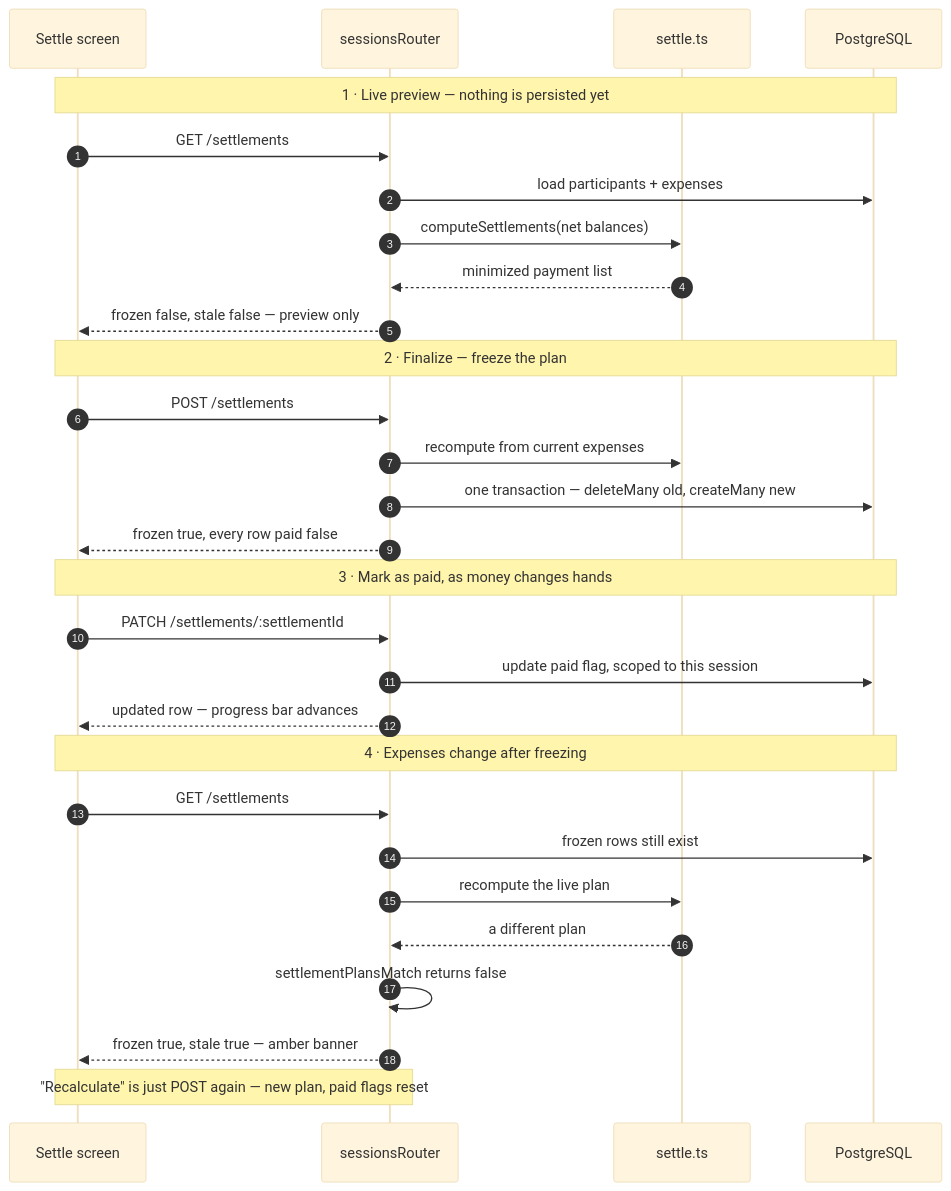
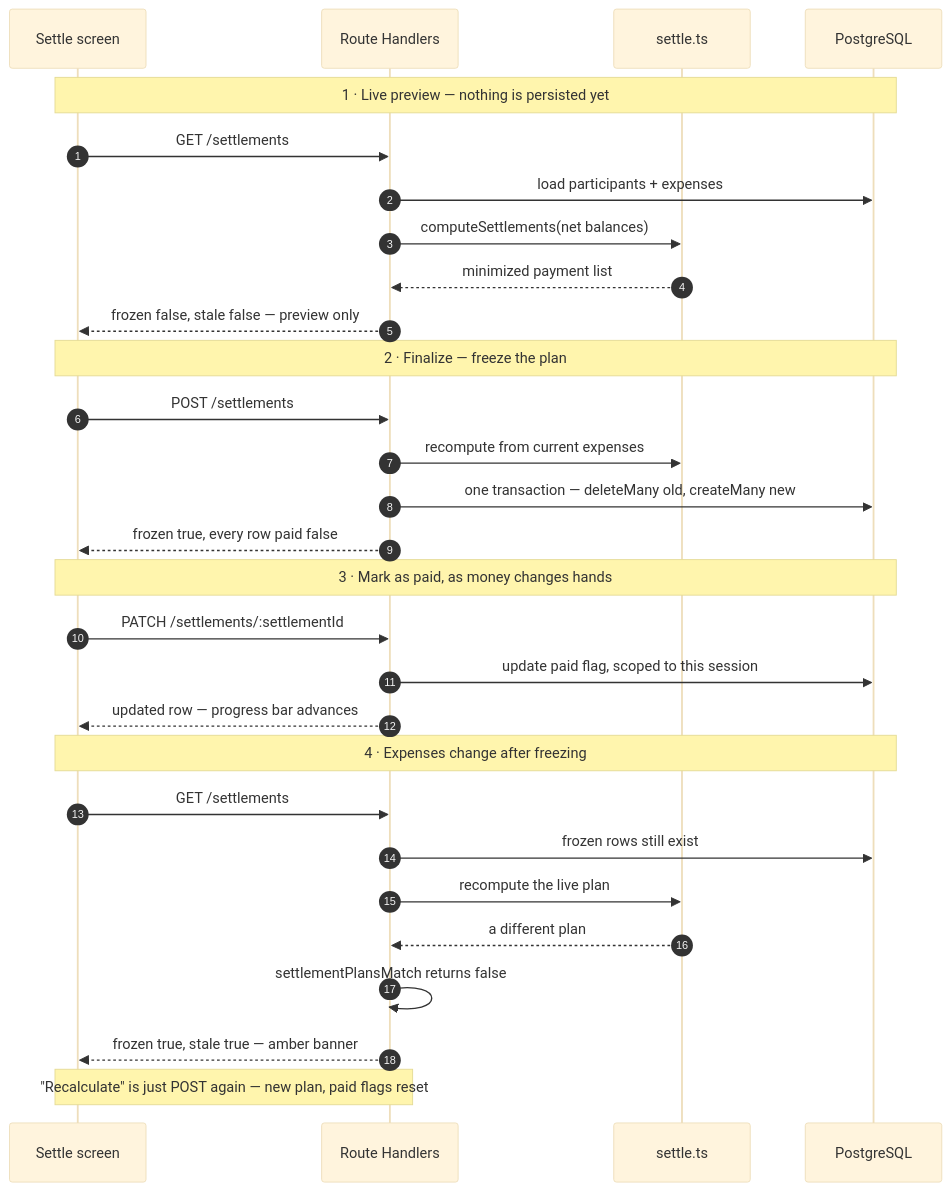
The third of 3 diagrams in README.md (ryansabandal/divvy-app), drawn with Mermaid (base theme) before and after one commit. The commit also changed other lines of this file and 10 other files, not shown here.

````diff
--- a/README.md
+++ b/README.md
@@ -309,35 +250,35 @@
 ```mermaid
 sequenceDiagram
     autonumber
     participant UI as Settle screen
-    participant API as sessionsRouter
+    participant API as Route Handlers
     participant Settle as settle.ts
     participant DB as PostgreSQL
 
     Note over UI,DB: 1 · Live preview — nothing is persisted yet
     UI->>API: GET /settlements
     API->>DB: load participants + expenses
     API->>Settle: computeSettlements(net balances)
     Settle-->>API: minimized payment list
     API-->>UI: frozen false, stale false — preview only
 
     Note over UI,DB: 2 · Finalize — freeze the plan
     UI->>API: POST /settlements
     API->>Settle: recompute from current expenses
     API->>DB: one transaction — deleteMany old, createMany new
     API-->>UI: frozen true, every row paid false
 
     Note over UI,DB: 3 · Mark as paid, as money changes hands
     UI->>API: PATCH /settlements/:settlementId
     API->>DB: update paid flag, scoped to this session
     API-->>UI: updated row — progress bar advances
 
     Note over UI,DB: 4 · Expenses change after freezing
     UI->>API: GET /settlements
     API->>DB: frozen rows still exist
     API->>Settle: recompute the live plan
     Settle-->>API: a different plan
     API->>API: settlementPlansMatch returns false
     API-->>UI: frozen true, stale true — amber banner
     Note over UI,API: "Recalculate" is just POST again — new plan, paid flags reset
 ```
````
